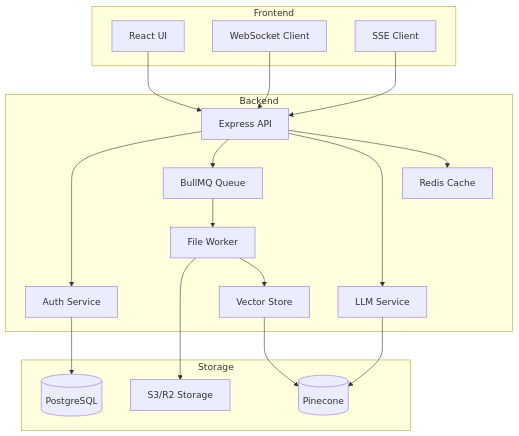
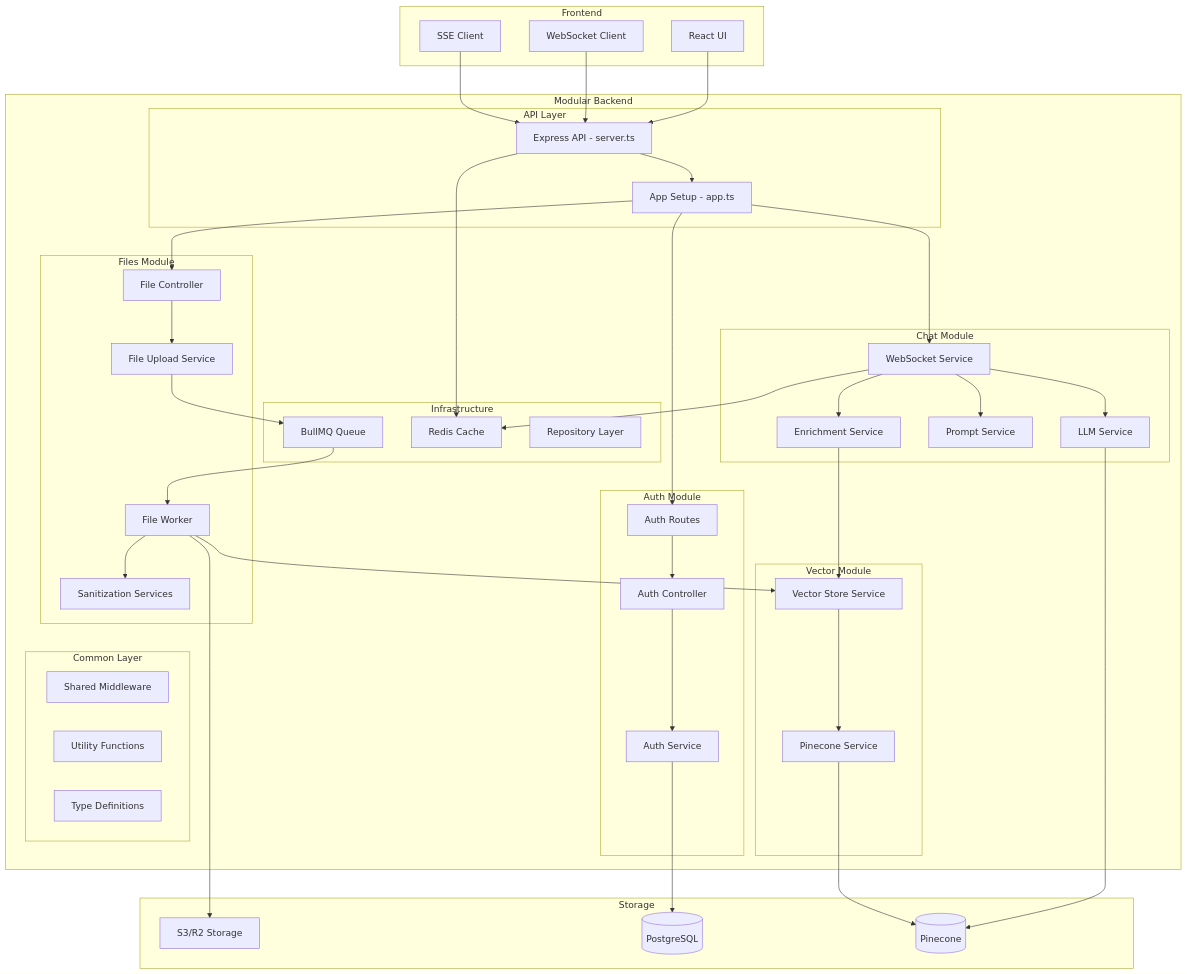
The fourth of 4 diagrams in README.md (Hitvardhan-Singh-Solanki/user-doc-chat), drawn with Mermaid before and after one commit. The commit also changed other lines of this file and 97 other files, not shown here.

````diff
--- a/README.md
+++ b/README.md
@@ -504,14 +560,48 @@
         SSE[SSE Client]
     end
 
-    subgraph Backend
-        API[Express API]
-        Auth[Auth Service]
-        Queue[BullMQ Queue]
-        Worker[File Worker]
-        Vector[Vector Store]
-        LLM[LLM Service]
-        Redis[Redis Cache]
+    subgraph "Modular Backend"
+        subgraph "API Layer"
+            API[Express API - server.ts]
+            APP[App Setup - app.ts]
+        end
+        
+        subgraph "Auth Module"
+            AuthCtrl[Auth Controller]
+            AuthSvc[Auth Service]
+            AuthRoutes[Auth Routes]
+        end
+        
+        subgraph "Files Module"
+            FileCtrl[File Controller]
+            FileSvc[File Upload Service]
+            FileWorker[File Worker]
+            Sanitization[Sanitization Services]
+        end
+        
+        subgraph "Chat Module"
+            ChatSvc[WebSocket Service]
+            LLM[LLM Service]
+            Prompt[Prompt Service]
+            Enrichment[Enrichment Service]
+        end
+        
+        subgraph "Vector Module"
+            VectorSvc[Vector Store Service]
+            PineconeSvc[Pinecone Service]
+        end
+        
+        subgraph "Common Layer"
+            Middleware[Shared Middleware]
+            Utils[Utility Functions]
+            Types[Type Definitions]
+        end
+        
+        subgraph "Infrastructure"
+            Queue[BullMQ Queue]
+            Redis[Redis Cache]
+            Repos[Repository Layer]
+        end
     end
 
     subgraph Storage
@@ -523,14 +613,32 @@
     UI --> API
     WS --> API
     SSE --> API
-    API --> Auth
-    API --> Queue
-    Queue --> Worker
-    Worker --> S3
-    Worker --> Vector
-    Vector --> PC
-    API --> LLM
+    
+    API --> APP
+    APP --> AuthRoutes
+    APP --> FileCtrl
+    APP --> ChatSvc
+    
+    AuthRoutes --> AuthCtrl
+    AuthCtrl --> AuthSvc
+    AuthSvc --> PG
+    
+    FileCtrl --> FileSvc
+    FileSvc --> Queue
+    Queue --> FileWorker
+    FileWorker --> Sanitization
+    FileWorker --> S3
+    FileWorker --> VectorSvc
+    
+    ChatSvc --> LLM
+    ChatSvc --> Prompt
+    ChatSvc --> Enrichment
     LLM --> PC
+    Enrichment --> VectorSvc
+    
+    VectorSvc --> PineconeSvc
+    PineconeSvc --> PC
+    
     API --> Redis
-    Auth --> PG
+    ChatSvc --> Redis
 ```
````
